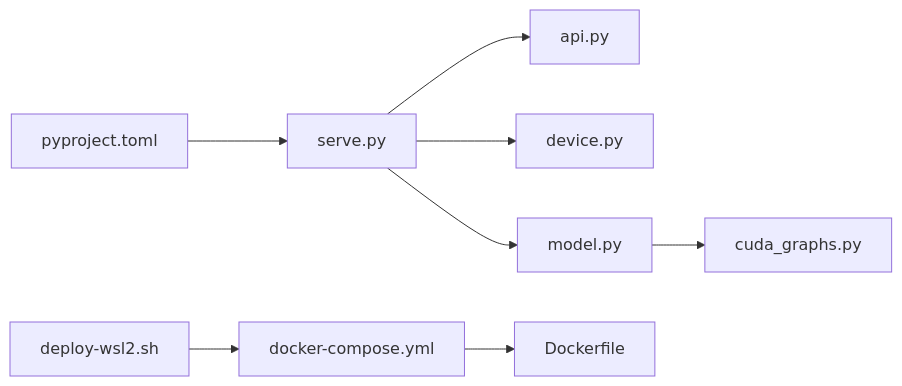
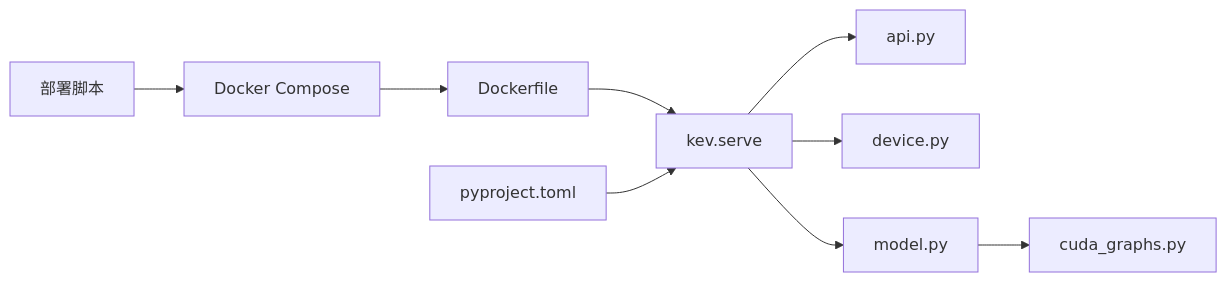
The third of 3 diagrams in .qoder/repowiki/zh/content/部署指南/本地部署.md (joezxh/kev), drawn with Mermaid before and after one commit. The commit also changed other lines of this file and 193 other files, not shown here.

````diff
--- a/.qoder/repowiki/zh/content/部署指南/本地部署.md
+++ b/.qoder/repowiki/zh/content/部署指南/本地部署.md
@@ -302,10 +265,11 @@
 ```mermaid
 graph LR
-Serve["serve.py"] --> API["api.py"]
-Serve --> Device["device.py"]
-Serve --> Model["model.py"]
+DeployScript["部署脚本"] --> Compose["Docker Compose"]
+Compose --> DockerFile["Dockerfile"]
+DockerFile --> Service["kev.serve"]
+Service --> API["api.py"]
+Service --> Device["device.py"]
+Service --> Model["model.py"]
 Model --> CUDA["cuda_graphs.py"]
-PyProj["pyproject.toml"] --> Serve
-WSLScript["deploy-wsl2.sh"] --> Compose["docker-compose.yml"]
-Compose --> DockerFile["Dockerfile"]
+PyProj["pyproject.toml"] --> Service
 ```
````
